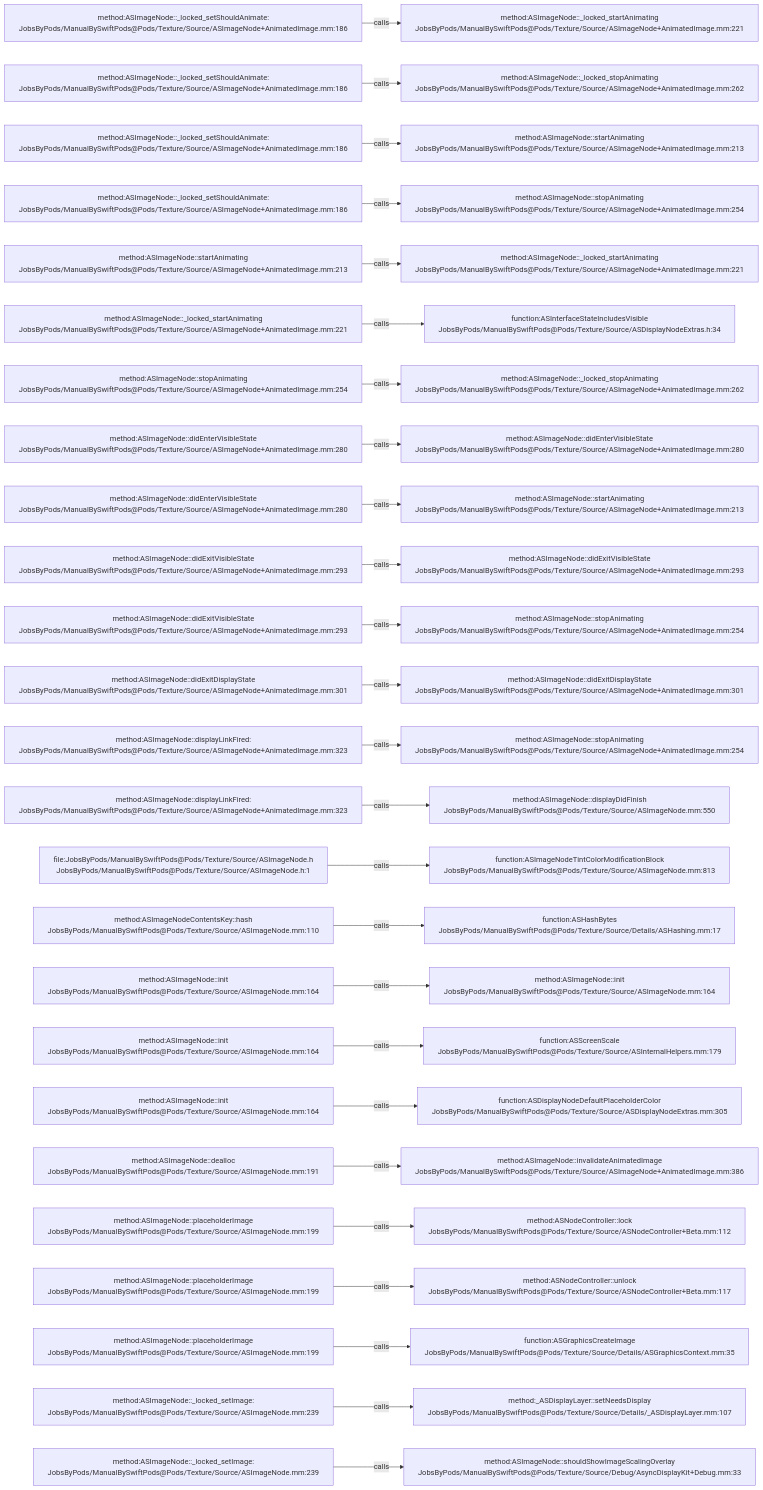
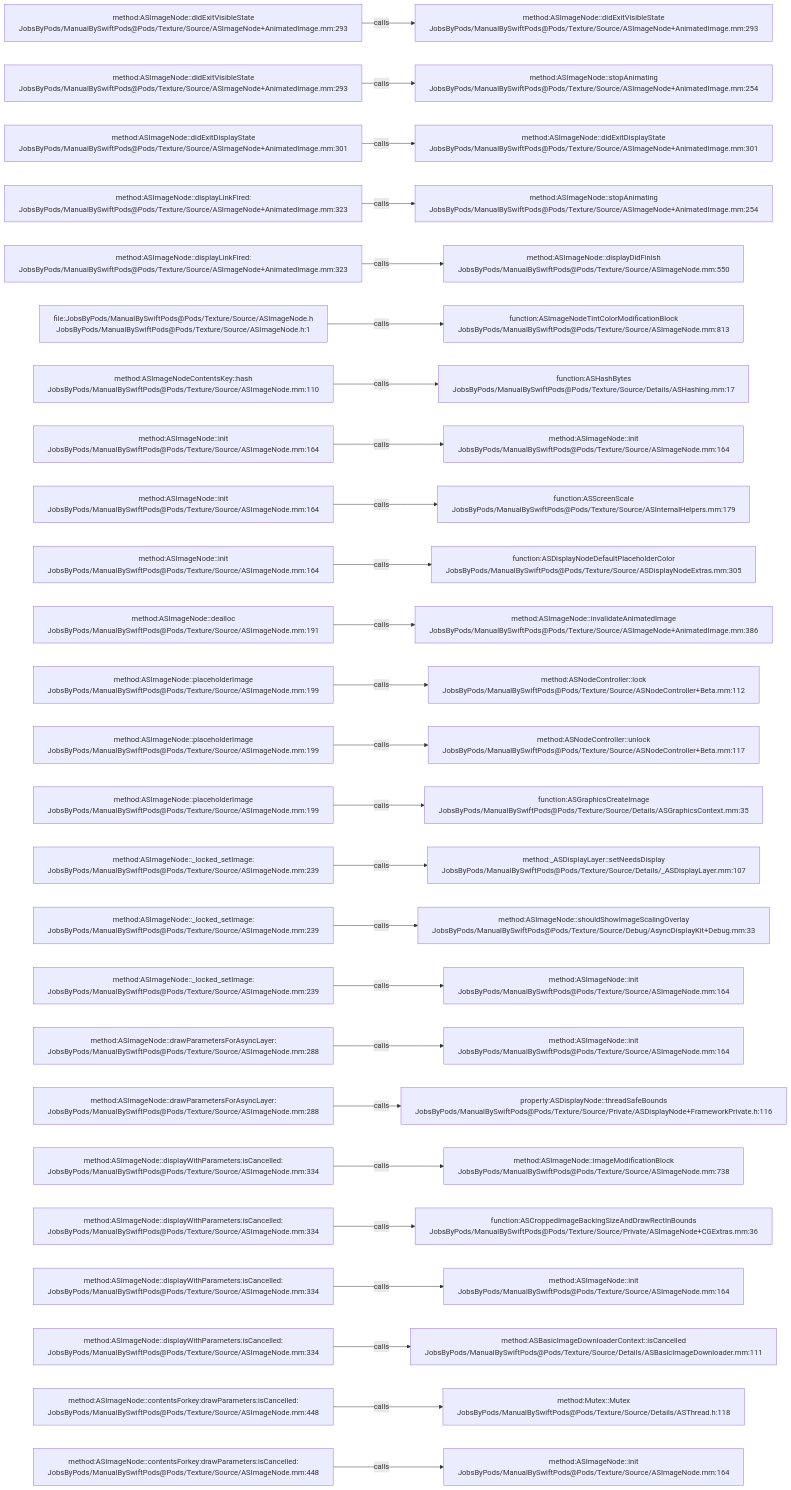
Before and after one commit to JobsKits/JobsSwiftBaseConfigDemo: the diagram in .codegraph/codegraph.md/graphs/calls-041.md, drawn with Mermaid. The commit also changed 707 other files, not shown here.

````diff
--- a/.codegraph/codegraph.md/graphs/calls-041.md
+++ b/.codegraph/codegraph.md/graphs/calls-041.md
@@ -13,78 +13,78 @@
 ```mermaid
 flowchart LR
-  S1["method:ASImageNode::_locked_setShouldAnimate:<br/>JobsByPods/ManualBySwiftPods@Pods/Texture/Source/ASImageNode+AnimatedImage.mm:186"]
-  T1["method:ASImageNode::_locked_startAnimating<br/>JobsByPods/ManualBySwiftPods@Pods/Texture/Source/ASImageNode+AnimatedImage.mm:221"]
+  S1["method:ASImageNode::didExitVisibleState<br/>JobsByPods/ManualBySwiftPods@Pods/Texture/Source/ASImageNode+AnimatedImage.mm:293"]
+  T1["method:ASImageNode::didExitVisibleState<br/>JobsByPods/ManualBySwiftPods@Pods/Texture/Source/ASImageNode+AnimatedImage.mm:293"]
   S1 -->|calls| T1
-  S2["method:ASImageNode::_locked_setShouldAnimate:<br/>JobsByPods/ManualBySwiftPods@Pods/Texture/Source/ASImageNode+AnimatedImage.mm:186"]
-  T2["method:ASImageNode::_locked_stopAnimating<br/>JobsByPods/ManualBySwiftPods@Pods/Texture/Source/ASImageNode+AnimatedImage.mm:262"]
+  S2["method:ASImageNode::didExitVisibleState<br/>JobsByPods/ManualBySwiftPods@Pods/Texture/Source/ASImageNode+AnimatedImage.mm:293"]
+  T2["method:ASImageNode::stopAnimating<br/>JobsByPods/ManualBySwiftPods@Pods/Texture/Source/ASImageNode+AnimatedImage.mm:254"]
   S2 -->|calls| T2
-  S3["method:ASImageNode::_locked_setShouldAnimate:<br/>JobsByPods/ManualBySwiftPods@Pods/Texture/Source/ASImageNode+AnimatedImage.mm:186"]
-  T3["method:ASImageNode::startAnimating<br/>JobsByPods/ManualBySwiftPods@Pods/Texture/Source/ASImageNode+AnimatedImage.mm:213"]
+  S3["method:ASImageNode::didExitDisplayState<br/>JobsByPods/ManualBySwiftPods@Pods/Texture/Source/ASImageNode+AnimatedImage.mm:301"]
+  T3["method:ASImageNode::didExitDisplayState<br/>JobsByPods/ManualBySwiftPods@Pods/Texture/Source/ASImageNode+AnimatedImage.mm:301"]
   S3 -->|calls| T3
-  S4["method:ASImageNode::_locked_setShouldAnimate:<br/>JobsByPods/ManualBySwiftPods@Pods/Texture/Source/ASImageNode+AnimatedImage.mm:186"]
+  S4["method:ASImageNode::displayLinkFired:<br/>JobsByPods/ManualBySwiftPods@Pods/Texture/Source/ASImageNode+AnimatedImage.mm:323"]
   T4["method:ASImageNode::stopAnimating<br/>JobsByPods/ManualBySwiftPods@Pods/Texture/Source/ASImageNode+AnimatedImage.mm:254"]
   S4 -->|calls| T4
-  S5["method:ASImageNode::startAnimating<br/>JobsByPods/ManualBySwiftPods@Pods/Texture/Source/ASImageNode+AnimatedImage.mm:213"]
-  T5["method:ASImageNode::_locked_startAnimating<br/>JobsByPods/ManualBySwiftPods@Pods/Texture/Source/ASImageNode+AnimatedImage.mm:221"]
+  S5["method:ASImageNode::displayLinkFired:<br/>JobsByPods/ManualBySwiftPods@Pods/Texture/Source/ASImageNode+AnimatedImage.mm:323"]
+  T5["method:ASImageNode::displayDidFinish<br/>JobsByPods/ManualBySwiftPods@Pods/Texture/Source/ASImageNode.mm:550"]
   S5 -->|calls| T5
-  S6["method:ASImageNode::_locked_startAnimating<br/>JobsByPods/ManualBySwiftPods@Pods/Texture/Source/ASImageNode+AnimatedImage.mm:221"]
-  T6["function:ASInterfaceStateIncludesVisible<br/>JobsByPods/ManualBySwiftPods@Pods/Texture/Source/ASDisplayNodeExtras.h:34"]
+  S6["file:JobsByPods/ManualBySwiftPods@Pods/Texture/Source/ASImageNode.h<br/>JobsByPods/ManualBySwiftPods@Pods/Texture/Source/ASImageNode.h:1"]
+  T6["function:ASImageNodeTintColorModificationBlock<br/>JobsByPods/ManualBySwiftPods@Pods/Texture/Source/ASImageNode.mm:813"]
   S6 -->|calls| T6
-  S7["method:ASImageNode::stopAnimating<br/>JobsByPods/ManualBySwiftPods@Pods/Texture/Source/ASImageNode+AnimatedImage.mm:254"]
-  T7["method:ASImageNode::_locked_stopAnimating<br/>JobsByPods/ManualBySwiftPods@Pods/Texture/Source/ASImageNode+AnimatedImage.mm:262"]
+  S7["method:ASImageNodeContentsKey::hash<br/>JobsByPods/ManualBySwiftPods@Pods/Texture/Source/ASImageNode.mm:110"]
+  T7["function:ASHashBytes<br/>JobsByPods/ManualBySwiftPods@Pods/Texture/Source/Details/ASHashing.mm:17"]
   S7 -->|calls| T7
-  S8["method:ASImageNode::didEnterVisibleState<br/>JobsByPods/ManualBySwiftPods@Pods/Texture/Source/ASImageNode+AnimatedImage.mm:280"]
-  T8["method:ASImageNode::didEnterVisibleState<br/>JobsByPods/ManualBySwiftPods@Pods/Texture/Source/ASImageNode+AnimatedImage.mm:280"]
+  S8["method:ASImageNode::init<br/>JobsByPods/ManualBySwiftPods@Pods/Texture/Source/ASImageNode.mm:164"]
+  T8["method:ASImageNode::init<br/>JobsByPods/ManualBySwiftPods@Pods/Texture/Source/ASImageNode.mm:164"]
   S8 -->|calls| T8
-  S9["method:ASImageNode::didEnterVisibleState<br/>JobsByPods/ManualBySwiftPods@Pods/Texture/Source/ASImageNode+AnimatedImage.mm:280"]
-  T9["method:ASImageNode::startAnimating<br/>JobsByPods/ManualBySwiftPods@Pods/Texture/Source/ASImageNode+AnimatedImage.mm:213"]
+  S9["method:ASImageNode::init<br/>JobsByPods/ManualBySwiftPods@Pods/Texture/Source/ASImageNode.mm:164"]
+  T9["function:ASScreenScale<br/>JobsByPods/ManualBySwiftPods@Pods/Texture/Source/ASInternalHelpers.mm:179"]
   S9 -->|calls| T9
-  S10["method:ASImageNode::didExitVisibleState<br/>JobsByPods/ManualBySwiftPods@Pods/Texture/Source/ASImageNode+AnimatedImage.mm:293"]
-  T10["method:ASImageNode::didExitVisibleState<br/>JobsByPods/ManualBySwiftPods@Pods/Texture/Source/ASImageNode+AnimatedImage.mm:293"]
+  S10["method:ASImageNode::init<br/>JobsByPods/ManualBySwiftPods@Pods/Texture/Source/ASImageNode.mm:164"]
+  T10["function:ASDisplayNodeDefaultPlaceholderColor<br/>JobsByPods/ManualBySwiftPods@Pods/Texture/Source/ASDisplayNodeExtras.mm:305"]
   S10 -->|calls| T10
-  S11["method:ASImageNode::didExitVisibleState<br/>JobsByPods/ManualBySwiftPods@Pods/Texture/Source/ASImageNode+AnimatedImage.mm:293"]
-  T11["method:ASImageNode::stopAnimating<br/>JobsByPods/ManualBySwiftPods@Pods/Texture/Source/ASImageNode+AnimatedImage.mm:254"]
+  S11["method:ASImageNode::dealloc<br/>JobsByPods/ManualBySwiftPods@Pods/Texture/Source/ASImageNode.mm:191"]
+  T11["method:ASImageNode::invalidateAnimatedImage<br/>JobsByPods/ManualBySwiftPods@Pods/Texture/Source/ASImageNode+AnimatedImage.mm:386"]
   S11 -->|calls| T11
-  S12["method:ASImageNode::didExitDisplayState<br/>JobsByPods/ManualBySwiftPods@Pods/Texture/Source/ASImageNode+AnimatedImage.mm:301"]
-  T12["method:ASImageNode::didExitDisplayState<br/>JobsByPods/ManualBySwiftPods@Pods/Texture/Source/ASImageNode+AnimatedImage.mm:301"]
+  S12["method:ASImageNode::placeholderImage<br/>JobsByPods/ManualBySwiftPods@Pods/Texture/Source/ASImageNode.mm:199"]
+  T12["method:ASNodeController::lock<br/>JobsByPods/ManualBySwiftPods@Pods/Texture/Source/ASNodeController+Beta.mm:112"]
   S12 -->|calls| T12
-  S13["method:ASImageNode::displayLinkFired:<br/>JobsByPods/ManualBySwiftPods@Pods/Texture/Source/ASImageNode+AnimatedImage.mm:323"]
-  T13["method:ASImageNode::stopAnimating<br/>JobsByPods/ManualBySwiftPods@Pods/Texture/Source/ASImageNode+AnimatedImage.mm:254"]
+  S13["method:ASImageNode::placeholderImage<br/>JobsByPods/ManualBySwiftPods@Pods/Texture/Source/ASImageNode.mm:199"]
+  T13["method:ASNodeController::unlock<br/>JobsByPods/ManualBySwiftPods@Pods/Texture/Source/ASNodeController+Beta.mm:117"]
   S13 -->|calls| T13
-  S14["method:ASImageNode::displayLinkFired:<br/>JobsByPods/ManualBySwiftPods@Pods/Texture/Source/ASImageNode+AnimatedImage.mm:323"]
-  T14["method:ASImageNode::displayDidFinish<br/>JobsByPods/ManualBySwiftPods@Pods/Texture/Source/ASImageNode.mm:550"]
+  S14["method:ASImageNode::placeholderImage<br/>JobsByPods/ManualBySwiftPods@Pods/Texture/Source/ASImageNode.mm:199"]
+  T14["function:ASGraphicsCreateImage<br/>JobsByPods/ManualBySwiftPods@Pods/Texture/Source/Details/ASGraphicsContext.mm:35"]
   S14 -->|calls| T14
-  S15["file:JobsByPods/ManualBySwiftPods@Pods/Texture/Source/ASImageNode.h<br/>JobsByPods/ManualBySwiftPods@Pods/Texture/Source/ASImageNode.h:1"]
-  T15["function:ASImageNodeTintColorModificationBlock<br/>JobsByPods/ManualBySwiftPods@Pods/Texture/Source/ASImageNode.mm:813"]
+  S15["method:ASImageNode::_locked_setImage:<br/>JobsByPods/ManualBySwiftPods@Pods/Texture/Source/ASImageNode.mm:239"]
+  T15["method:_ASDisplayLayer::setNeedsDisplay<br/>JobsByPods/ManualBySwiftPods@Pods/Texture/Source/Details/_ASDisplayLayer.mm:107"]
   S15 -->|calls| T15
-  S16["method:ASImageNodeContentsKey::hash<br/>JobsByPods/ManualBySwiftPods@Pods/Texture/Source/ASImageNode.mm:110"]
-  T16["function:ASHashBytes<br/>JobsByPods/ManualBySwiftPods@Pods/Texture/Source/Details/ASHashing.mm:17"]
+  S16["method:ASImageNode::_locked_setImage:<br/>JobsByPods/ManualBySwiftPods@Pods/Texture/Source/ASImageNode.mm:239"]
+  T16["method:ASImageNode::shouldShowImageScalingOverlay<br/>JobsByPods/ManualBySwiftPods@Pods/Texture/Source/Debug/AsyncDisplayKit+Debug.mm:33"]
   S16 -->|calls| T16
-  S17["method:ASImageNode::init<br/>JobsByPods/ManualBySwiftPods@Pods/Texture/Source/ASImageNode.mm:164"]
+  S17["method:ASImageNode::_locked_setImage:<br/>JobsByPods/ManualBySwiftPods@Pods/Texture/Source/ASImageNode.mm:239"]
   T17["method:ASImageNode::init<br/>JobsByPods/ManualBySwiftPods@Pods/Texture/Source/ASImageNode.mm:164"]
   S17 -->|calls| T17
-  S18["method:ASImageNode::init<br/>JobsByPods/ManualBySwiftPods@Pods/Texture/Source/ASImageNode.mm:164"]
-  T18["function:ASScreenScale<br/>JobsByPods/ManualBySwiftPods@Pods/Texture/Source/ASInternalHelpers.mm:179"]
+  S18["method:ASImageNode::drawParametersForAsyncLayer:<br/>JobsByPods/ManualBySwiftPods@Pods/Texture/Source/ASImageNode.mm:288"]
+  T18["method:ASImageNode::init<br/>JobsByPods/ManualBySwiftPods@Pods/Texture/Source/ASImageNode.mm:164"]
   S18 -->|calls| T18
-  S19["method:ASImageNode::init<br/>JobsByPods/ManualBySwiftPods@Pods/Texture/Source/ASImageNode.mm:164"]
-  T19["function:ASDisplayNodeDefaultPlaceholderColor<br/>JobsByPods/ManualBySwiftPods@Pods/Texture/Source/ASDisplayNodeExtras.mm:305"]
+  S19["method:ASImageNode::drawParametersForAsyncLayer:<br/>JobsByPods/ManualBySwiftPods@Pods/Texture/Source/ASImageNode.mm:288"]
+  T19["property:ASDisplayNode::threadSafeBounds<br/>JobsByPods/ManualBySwiftPods@Pods/Texture/Source/Private/ASDisplayNode+FrameworkPrivate.h:116"]
   S19 -->|calls| T19
-  S20["method:ASImageNode::dealloc<br/>JobsByPods/ManualBySwiftPods@Pods/Texture/Source/ASImageNode.mm:191"]
-  T20["method:ASImageNode::invalidateAnimatedImage<br/>JobsByPods/ManualBySwiftPods@Pods/Texture/Source/ASImageNode+AnimatedImage.mm:386"]
+  S20["method:ASImageNode::displayWithParameters:isCancelled:<br/>JobsByPods/ManualBySwiftPods@Pods/Texture/Source/ASImageNode.mm:334"]
+  T20["method:ASImageNode::imageModificationBlock<br/>JobsByPods/ManualBySwiftPods@Pods/Texture/Source/ASImageNode.mm:738"]
   S20 -->|calls| T20
-  S21["method:ASImageNode::placeholderImage<br/>JobsByPods/ManualBySwiftPods@Pods/Texture/Source/ASImageNode.mm:199"]
-  T21["method:ASNodeController::lock<br/>JobsByPods/ManualBySwiftPods@Pods/Texture/Source/ASNodeController+Beta.mm:112"]
+  S21["method:ASImageNode::displayWithParameters:isCancelled:<br/>JobsByPods/ManualBySwiftPods@Pods/Texture/Source/ASImageNode.mm:334"]
+  T21["function:ASCroppedImageBackingSizeAndDrawRectInBounds<br/>JobsByPods/ManualBySwiftPods@Pods/Texture/Source/Private/ASImageNode+CGExtras.mm:36"]
   S21 -->|calls| T21
-  S22["method:ASImageNode::placeholderImage<br/>JobsByPods/ManualBySwiftPods@Pods/Texture/Source/ASImageNode.mm:199"]
-  T22["method:ASNodeController::unlock<br/>JobsByPods/ManualBySwiftPods@Pods/Texture/Source/ASNodeController+Beta.mm:117"]
+  S22["method:ASImageNode::displayWithParameters:isCancelled:<br/>JobsByPods/ManualBySwiftPods@Pods/Texture/Source/ASImageNode.mm:334"]
+  T22["method:ASImageNode::init<br/>JobsByPods/ManualBySwiftPods@Pods/Texture/Source/ASImageNode.mm:164"]
   S22 -->|calls| T22
-  S23["method:ASImageNode::placeholderImage<br/>JobsByPods/ManualBySwiftPods@Pods/Texture/Source/ASImageNode.mm:199"]
-  T23["function:ASGraphicsCreateImage<br/>JobsByPods/ManualBySwiftPods@Pods/Texture/Source/Details/ASGraphicsContext.mm:35"]
+  S23["method:ASImageNode::displayWithParameters:isCancelled:<br/>JobsByPods/ManualBySwiftPods@Pods/Texture/Source/ASImageNode.mm:334"]
+  T23["method:ASBasicImageDownloaderContext::isCancelled<br/>JobsByPods/ManualBySwiftPods@Pods/Texture/Source/Details/ASBasicImageDownloader.mm:111"]
   S23 -->|calls| T23
-  S24["method:ASImageNode::_locked_setImage:<br/>JobsByPods/ManualBySwiftPods@Pods/Texture/Source/ASImageNode.mm:239"]
-  T24["method:_ASDisplayLayer::setNeedsDisplay<br/>JobsByPods/ManualBySwiftPods@Pods/Texture/Source/Details/_ASDisplayLayer.mm:107"]
+  S24["method:ASImageNode::contentsForkey:drawParameters:isCancelled:<br/>JobsByPods/ManualBySwiftPods@Pods/Texture/Source/ASImageNode.mm:448"]
+  T24["method:Mutex::Mutex<br/>JobsByPods/ManualBySwiftPods@Pods/Texture/Source/Details/ASThread.h:118"]
   S24 -->|calls| T24
-  S25["method:ASImageNode::_locked_setImage:<br/>JobsByPods/ManualBySwiftPods@Pods/Texture/Source/ASImageNode.mm:239"]
-  T25["method:ASImageNode::shouldShowImageScalingOverlay<br/>JobsByPods/ManualBySwiftPods@Pods/Texture/Source/Debug/AsyncDisplayKit+Debug.mm:33"]
+  S25["method:ASImageNode::contentsForkey:drawParameters:isCancelled:<br/>JobsByPods/ManualBySwiftPods@Pods/Texture/Source/ASImageNode.mm:448"]
+  T25["method:ASImageNode::init<br/>JobsByPods/ManualBySwiftPods@Pods/Texture/Source/ASImageNode.mm:164"]
   S25 -->|calls| T25
 ```
````
